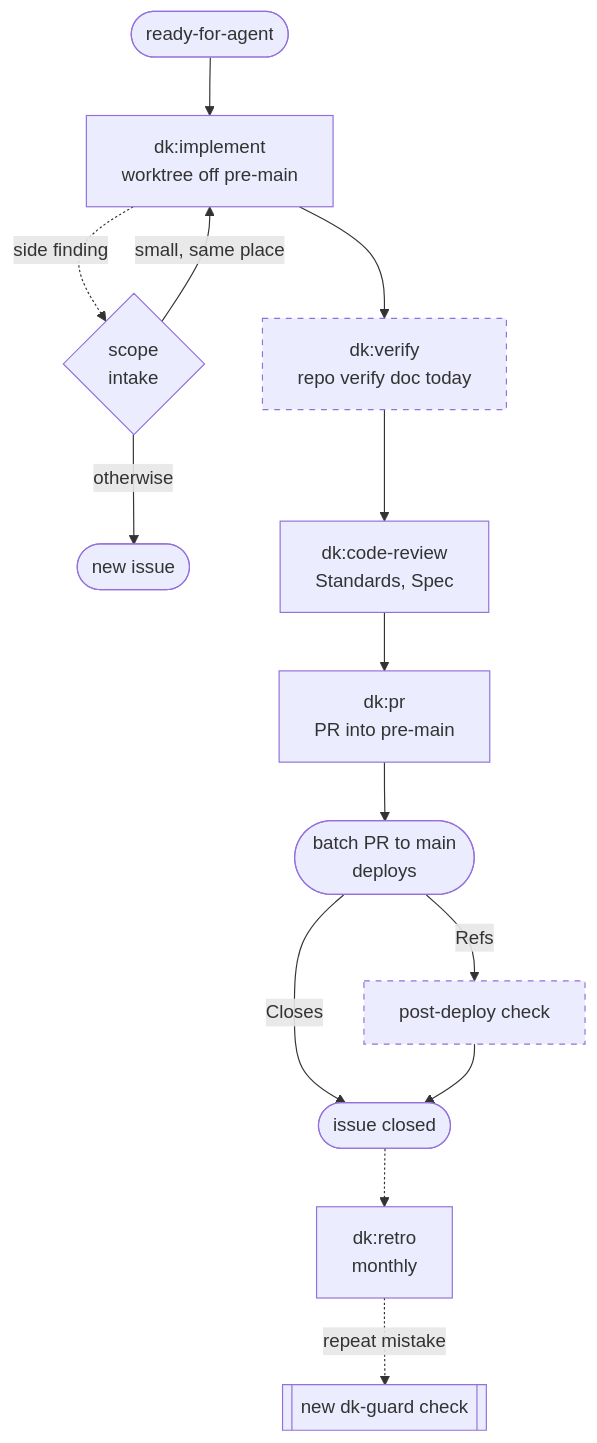
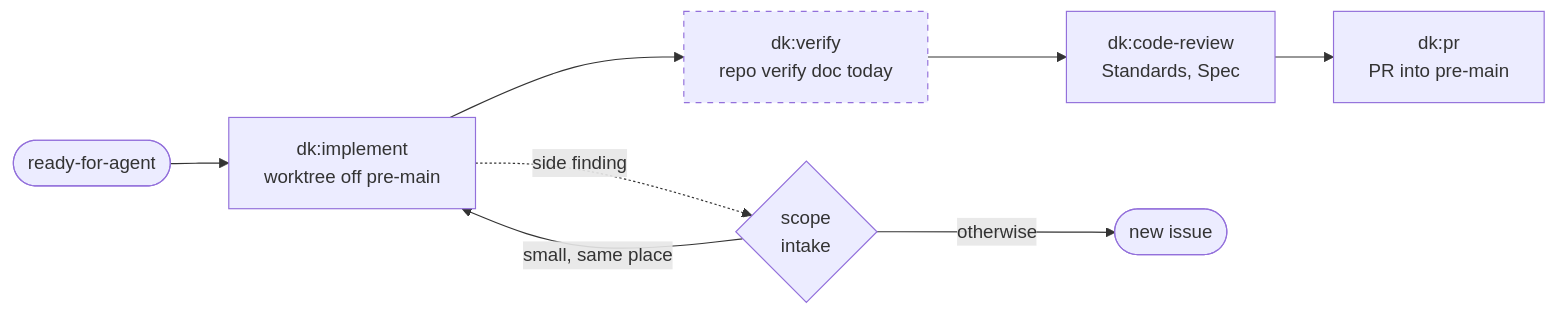
The second of 4 diagrams in README.md (kaminski-dev/dk-agent-kit), drawn with Mermaid before and after one commit. The commit also changed other lines of this file, not shown here.

Commit message:
README: build and ship diagrams left to right

````diff
--- a/README.md
+++ b/README.md
@@ -52,18 +52,12 @@
 ```mermaid
-flowchart TD
+flowchart LR
   ready(["ready-for-agent"]) --> implement["dk:implement<br/>worktree off pre-main"]
+  implement --> verify["dk:verify<br/>repo verify doc today"]
+  verify --> review["dk:code-review<br/>Standards, Spec"]
+  review --> pr["dk:pr<br/>PR into pre-main"]
   implement -. "side finding" .-> intake{"scope<br/>intake"}
   intake -- "small, same place" --> implement
   intake -- "otherwise" --> new(["new issue"])
-  implement --> verify["dk:verify<br/>repo verify doc today"]
-  verify --> review["dk:code-review<br/>Standards, Spec"]
-  review --> pr["dk:pr<br/>PR into pre-main"]
-  pr --> batch(["batch PR to main<br/>deploys"])
-  batch -- "Closes" --> closed(["issue closed"])
-  batch -- "Refs" --> check["post-deploy check"]
-  check --> closed
-  closed -.-> retro["dk:retro<br/>monthly"]
-  retro -. "repeat mistake" .-> guard[["new dk-guard check"]]
   classDef planned stroke-dasharray: 5 5
-  class verify,check planned
+  class verify planned
 ```
````
